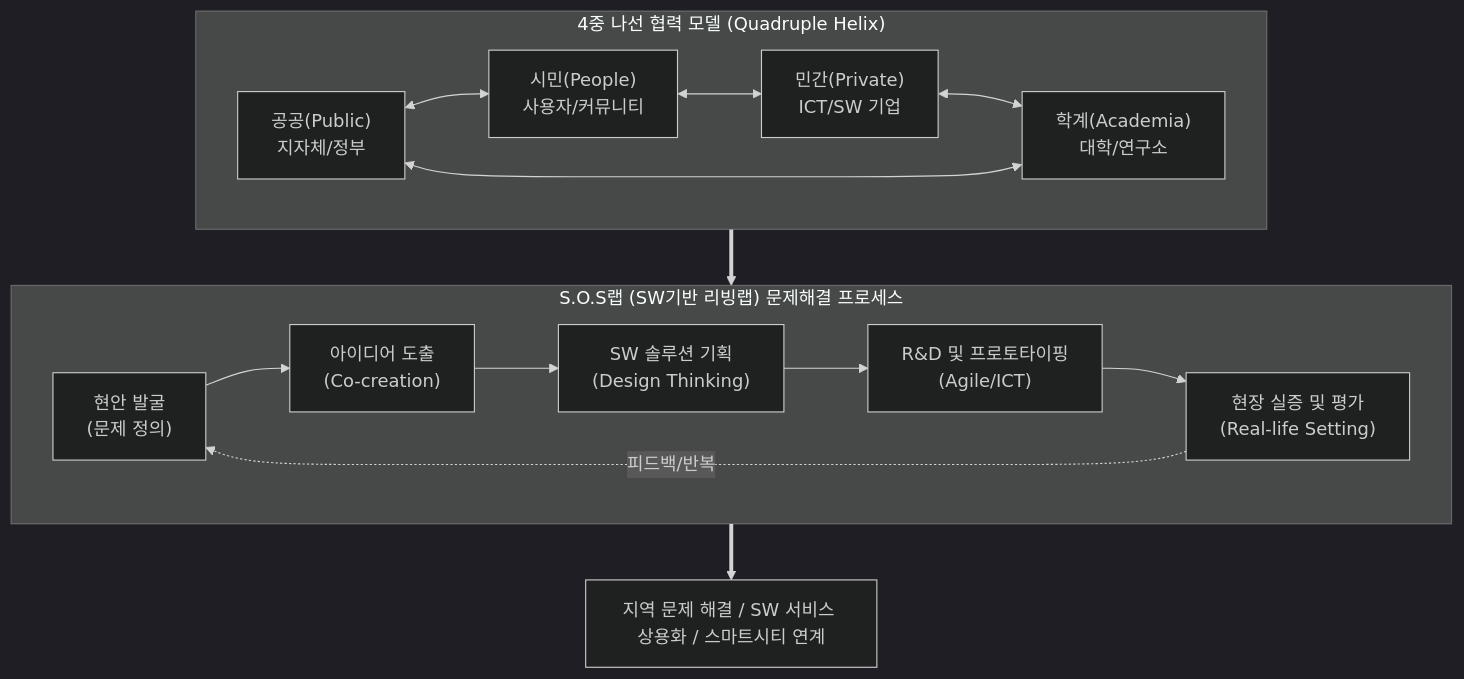
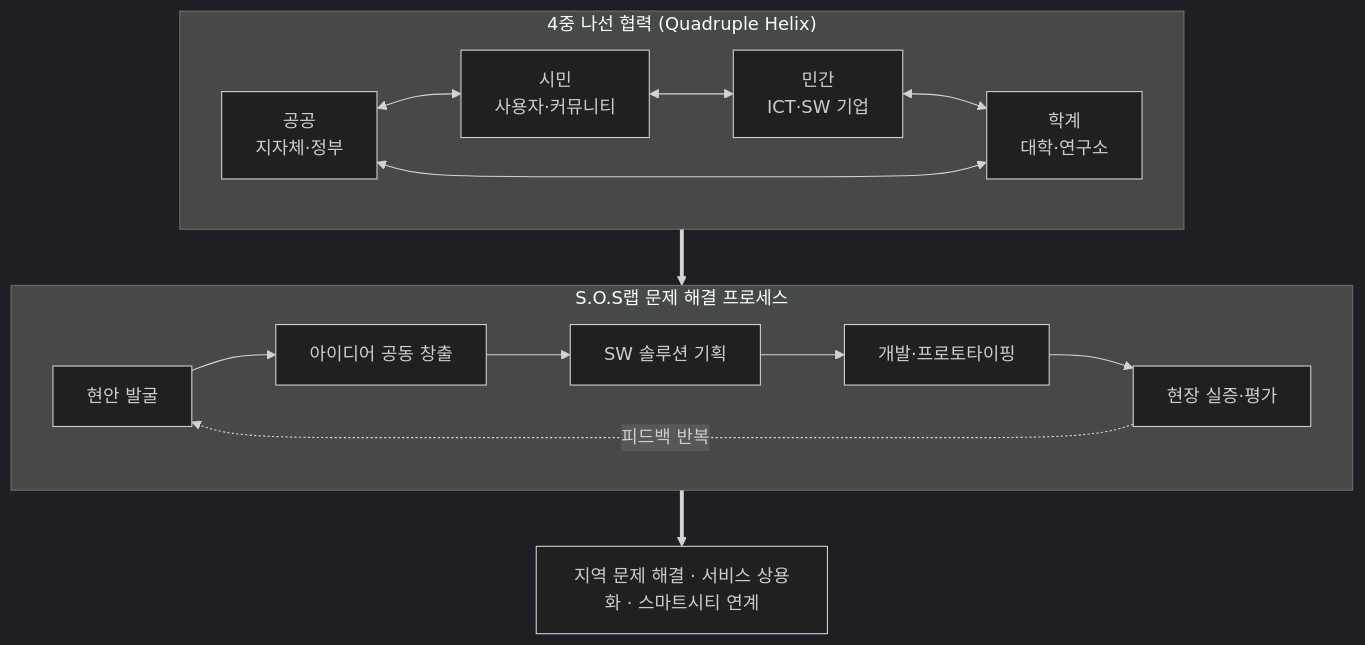
The diagram in content/01_IT Tech/리빙랩, S.O.S랩.md (supremethumb/supremethumb.github.io), drawn with Mermaid (dark theme) before and after one commit. The commit also changed other lines of this file and 1087 other files, not shown here.

````diff
--- a/content/01_IT Tech/리빙랩, S.O.S랩.md
+++ b/content/01_IT Tech/리빙랩, S.O.S랩.md
@@ -30,23 +39,16 @@
 ```mermaid
 flowchart TD
-    subgraph PPPP ["4중 나선 협력 모델 (Quadruple Helix)"]
+    subgraph Helix["4중 나선 협력 (Quadruple Helix)"]
         direction LR
-        Gov["공공(Public)\n지자체/정부"] <--> Cit["시민(People)\n사용자/커뮤니티"]
-        Cit <--> Pri["민간(Private)\nICT/SW 기업"]
-        Pri <--> Aca["학계(Academia)\n대학/연구소"]
+        Gov["공공<br/>지자체·정부"] <--> Cit["시민<br/>사용자·커뮤니티"]
+        Cit <--> Pri["민간<br/>ICT·SW 기업"]
+        Pri <--> Aca["학계<br/>대학·연구소"]
         Aca <--> Gov
     end
-
-    subgraph Process ["S.O.S랩 (SW기반 리빙랩) 문제해결 프로세스"]
+    subgraph Process["S.O.S랩 문제 해결 프로세스"]
         direction LR
-        P1["현안 발굴\n(문제 정의)"] --> P2["아이디어 도출\n(Co-creation)"]
-        P2 --> P3["SW 솔루션 기획\n(Design Thinking)"]
-        P3 --> P4["R&D 및 프로토타이핑\n(Agile/ICT)"]
-        P4 --> P5["현장 실증 및 평가\n(Real-life Setting)"]
-        P5 -. "피드백/반복" .-> P1
+        P1["현안 발굴"] --> P2["아이디어 공동 창출"] --> P3["SW 솔루션 기획"] --> P4["개발·프로토타이핑"] --> P5["현장 실증·평가"]
+        P5 -. "피드백 반복" .-> P1
     end
-
-    PPPP ==> Process
-    Process ==> Outcome["지역 문제 해결 / SW 서비스 상용화 / 스마트시티 연계"]
-
+    Helix ==> Process ==> Out["지역 문제 해결 · 서비스 상용화 · 스마트시티 연계"]
 ```
````
